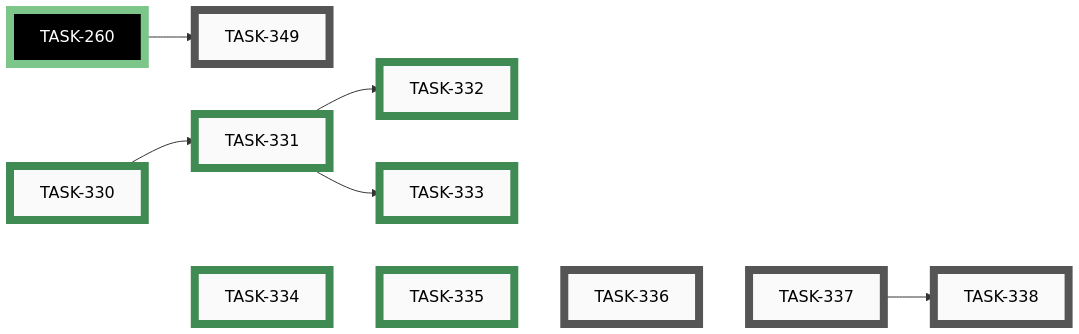
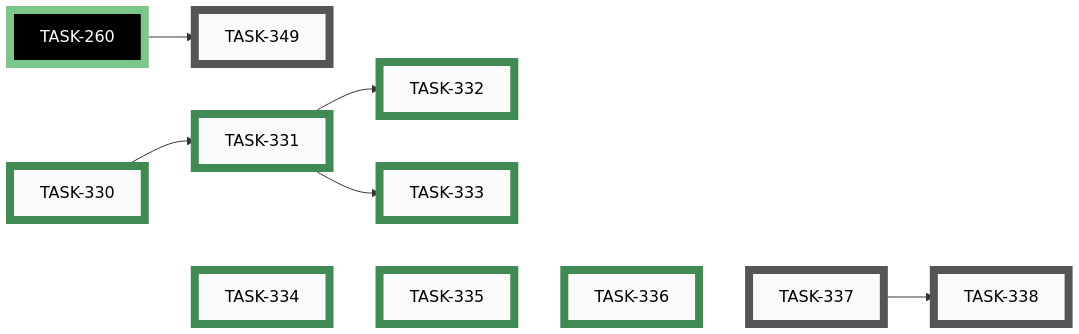
One commit to tgd1975/AwesomeStudioPedal changed the eighth of 10 diagrams in docs/developers/tasks/EPICS.md. Above: the diagram before and after it, drawn with Mermaid. The commit also changed other lines of this file and 10 other files, not shown here.

First line of the commit message:
close TASK-336: Add Connected-Pedal page (board only)

````diff
--- a/docs/developers/tasks/EPICS.md
+++ b/docs/developers/tasks/EPICS.md
@@ -296,39 +296,39 @@
 ```mermaid
 graph LR
-    TASK_336["TASK-336"]:::open
     TASK_337["TASK-337"]:::open
     TASK_338["TASK-338"]:::open
     TASK_349["TASK-349"]:::open
     TASK_330["TASK-330"]:::closed
     TASK_331["TASK-331"]:::closed
     TASK_332["TASK-332"]:::closed
     TASK_333["TASK-333"]:::closed
     TASK_334["TASK-334"]:::closed
     TASK_335["TASK-335"]:::closed
+    TASK_336["TASK-336"]:::closed
     TASK_260["TASK-260"]:::closedExt
     TASK_337 --> TASK_338
     TASK_260 --> TASK_349
     TASK_330 --> TASK_331
     TASK_331 --> TASK_332
     TASK_331 --> TASK_333
     TASK_330 ~~~ TASK_334 ~~~ TASK_335 ~~~ TASK_336 ~~~ TASK_337
-    click TASK_336 "open/task-336-add-connected-pedal-page-board-only.md"
     click TASK_337 "open/task-337-firmware-expose-version-config-active-profile.md"
     click TASK_338 "open/task-338-add-hid-display-table-and-live-keystroke-page.md"
     click TASK_349 "open/task-349-display-unified-version-in-mobile-app.md"
     click TASK_330 "closed/task-330-decide-content-page-open-questions.md"
     click TASK_331 "closed/task-331-add-info-about-page.md"
     click TASK_332 "closed/task-332-add-howto-quickstart-page.md"
     click TASK_333 "closed/task-333-add-profiles-troubleshooting-legal-pages.md"
     click TASK_334 "closed/task-334-add-startup-splash-screen.md"
     click TASK_335 "closed/task-335-add-connection-status-strip-and-details-sheet.md"
+    click TASK_336 "closed/task-336-add-connected-pedal-page-board-only.md"
     click TASK_260 "closed/task-260-unify-version-numbers-across-deliverables.md"
     classDef open    fill:#FAFAFA,stroke:#555,stroke-width:8px,color:#000
     classDef active  fill:#FAFAFA,stroke:#1A6FA8,stroke-width:8px,color:#000
     classDef closed  fill:#FAFAFA,stroke:#3F8B53,stroke-width:8px,color:#000
     classDef paused  fill:#FAFAFA,stroke:#B07810,stroke-width:8px,color:#000
     classDef openExt    fill:#000,stroke:#888,stroke-width:8px,color:#FFF
     classDef activeExt  fill:#000,stroke:#3FA9F5,stroke-width:8px,color:#FFF
     classDef closedExt  fill:#000,stroke:#7CC68A,stroke-width:8px,color:#FFF
     classDef pausedExt  fill:#000,stroke:#F0B030,stroke-width:8px,color:#FFF
 ```
````
